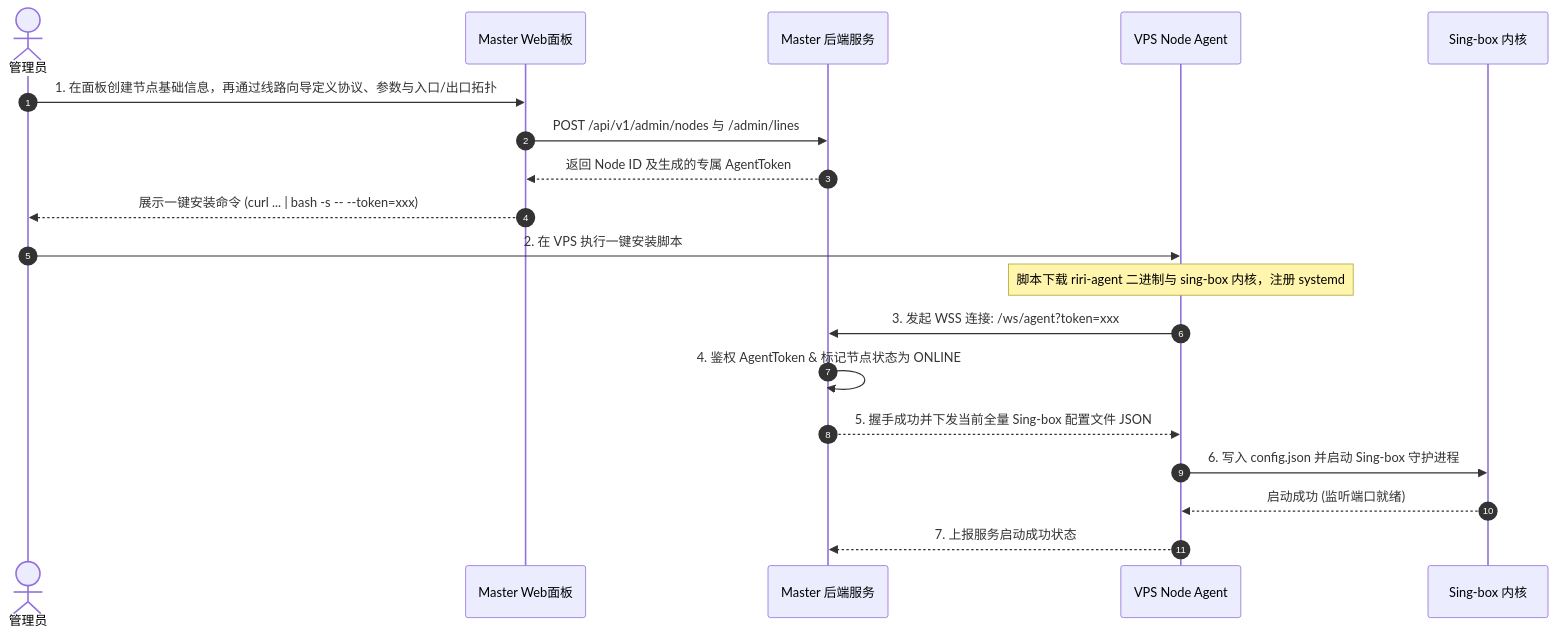
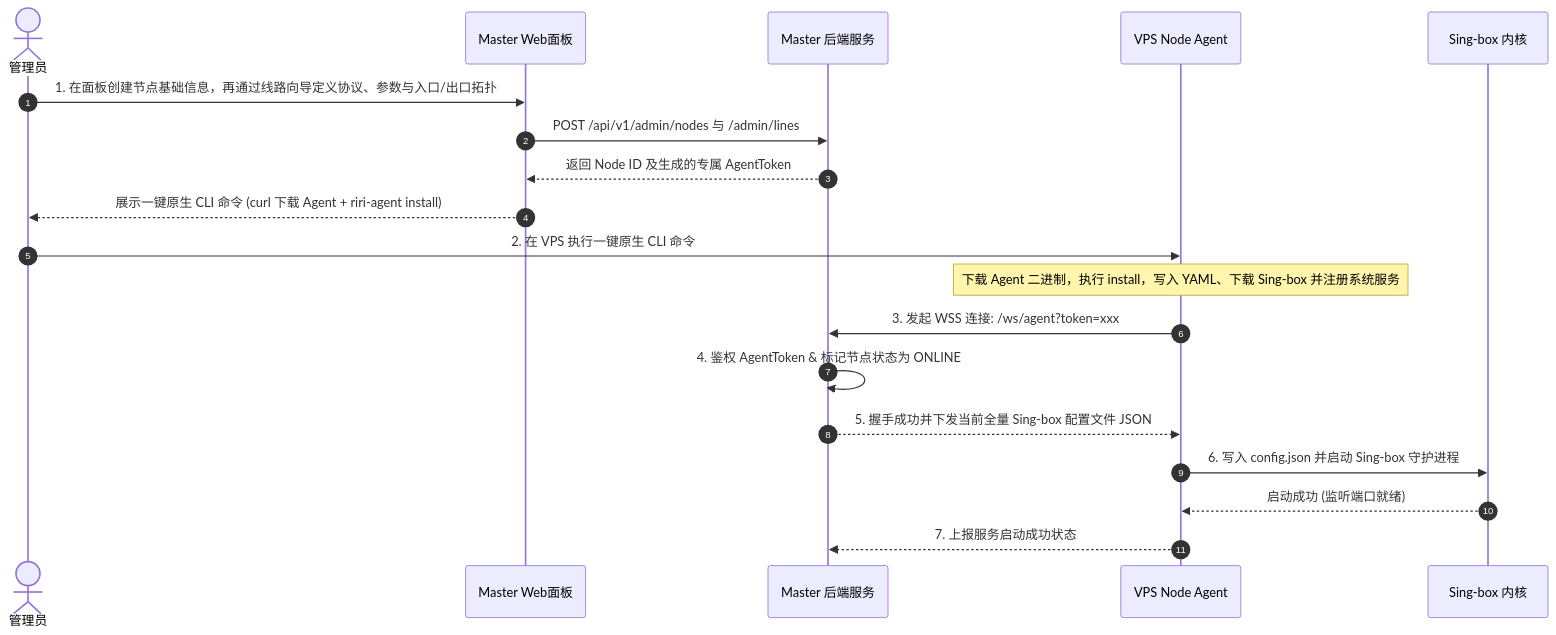
Before and after one commit to Nanako660/riricloud: the second of 5 diagrams in docs/ARCHITECTURE.md, drawn with Mermaid. The commit also changed other lines of this file and 45 other files, not shown here.

Commit message:
feat(agent): 完成交互式 CLI 与构建产物规范化 (#29)

````diff
--- a/docs/ARCHITECTURE.md
+++ b/docs/ARCHITECTURE.md
@@ -99,23 +100,23 @@
 ```mermaid
 sequenceDiagram
     autonumber
     actor Admin as 管理员
     participant Web as Master Web面板
     participant Master as Master 后端服务
     participant Agent as VPS Node Agent
     participant Singbox as Sing-box 内核
 
     Admin->>Web: 1. 在面板创建节点基础信息，再通过线路向导定义协议、参数与入口/出口拓扑
     Web->>Master: POST /api/v1/admin/nodes 与 /admin/lines
     Master-->>Web: 返回 Node ID 及生成的专属 AgentToken
-    Web-->>Admin: 展示一键安装命令 (curl ... | bash -s -- --token=xxx)
+    Web-->>Admin: 展示一键原生 CLI 命令 (curl 下载 Agent + riri-agent install)
     
-    Admin->>Agent: 2. 在 VPS 执行一键安装脚本
-    Note over Agent: 脚本下载 riri-agent 二进制与 sing-box 内核，注册 systemd
+    Admin->>Agent: 2. 在 VPS 执行一键原生 CLI 命令
+    Note over Agent: 下载 Agent 二进制，执行 install，写入 YAML、下载 Sing-box 并注册系统服务
     Agent->>Master: 3. 发起 WSS 连接: /ws/agent?token=xxx
     Master->>Master: 4. 鉴权 AgentToken & 标记节点状态为 ONLINE
     Master-->>Agent: 5. 握手成功并下发当前全量 Sing-box 配置文件 JSON
     Agent->>Singbox: 6. 写入 config.json 并启动 Sing-box 守护进程
     Singbox-->>Agent: 启动成功 (监听端口就绪)
     Agent-->>Master: 7. 上报服务启动成功状态
 ```
````
